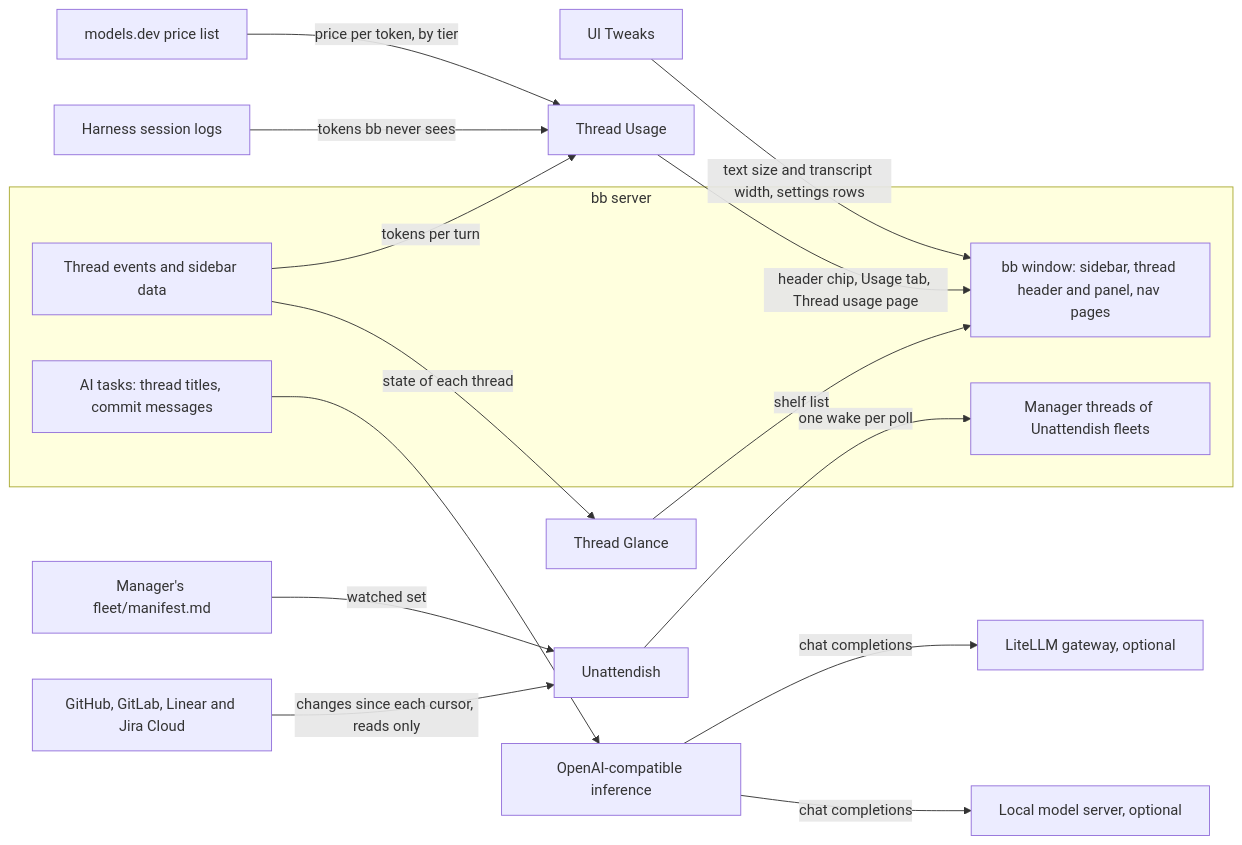
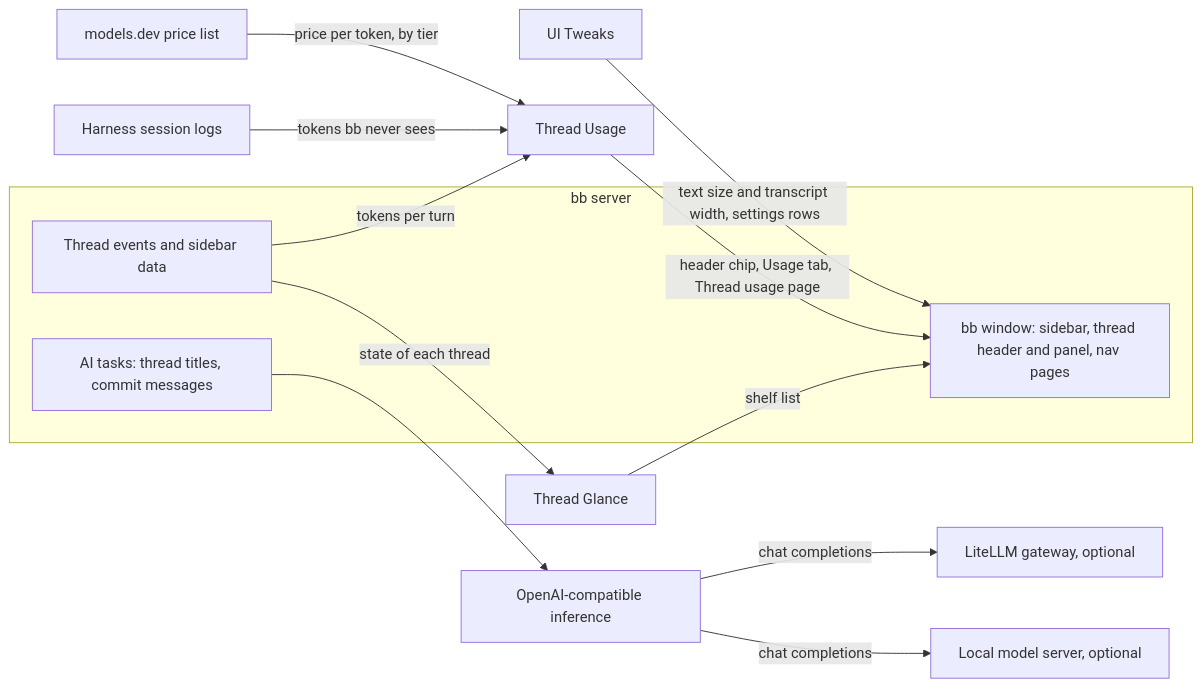
Before and after one commit to gperezmz/bb-plugins: the diagram in README.md, drawn with Mermaid. The commit also changed other lines of this file and 319 other files, not shown here.

````diff
--- a/README.md
+++ b/README.md
@@ -5,33 +5,26 @@
 ```mermaid
 flowchart LR
   subgraph bb["bb server"]
     events["Thread events and sidebar data"]
     ui["bb window: sidebar, thread header and panel, nav pages"]
     helper["AI tasks: thread titles, commit messages"]
-    managers["Manager threads of Unattendish fleets"]
   end
   tg["Thread Glance"]
   tu["Thread Usage"]
   oi["OpenAI-compatible inference"]
   gateway["LiteLLM gateway, optional"]
   modelsdev["models.dev price list"]
   localmodel["Local model server, optional"]
   logs["Harness session logs"]
   events -->|state of each thread| tg
   tg -->|shelf list| ui
   events -->|tokens per turn| tu
   logs -->|tokens bb never sees| tu
   modelsdev -->|price per token, by tier| tu
   tu -->|header chip, Usage tab, Thread usage page| ui
   helper --> oi
   oi -->|chat completions| gateway
   oi -->|chat completions| localmodel
   ut["UI Tweaks"]
   ut -->|text size and transcript width, settings rows| ui
-  us["Unattendish"]
-  services["GitHub, GitLab, Linear and Jira Cloud"]
-  fleetmanifest["Manager's fleet/manifest.md"]
-  services -->|changes since each cursor, reads only| us
-  fleetmanifest -->|watched set| us
-  us -->|one wake per poll| managers
 ```
````
